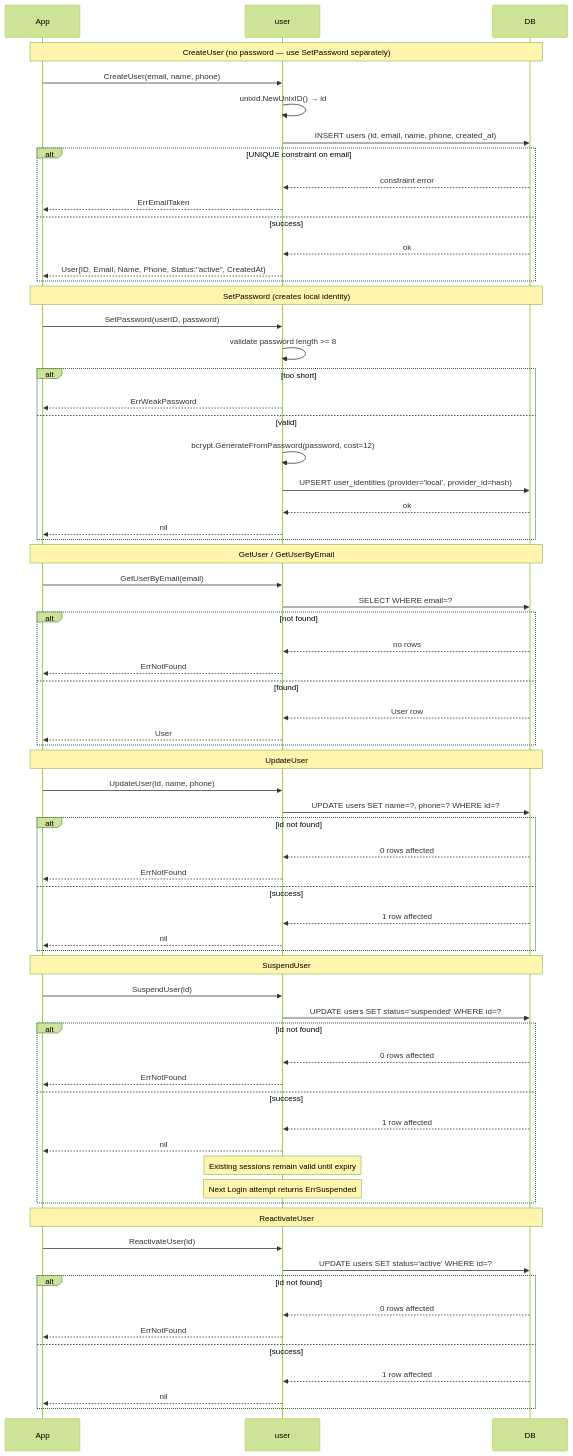
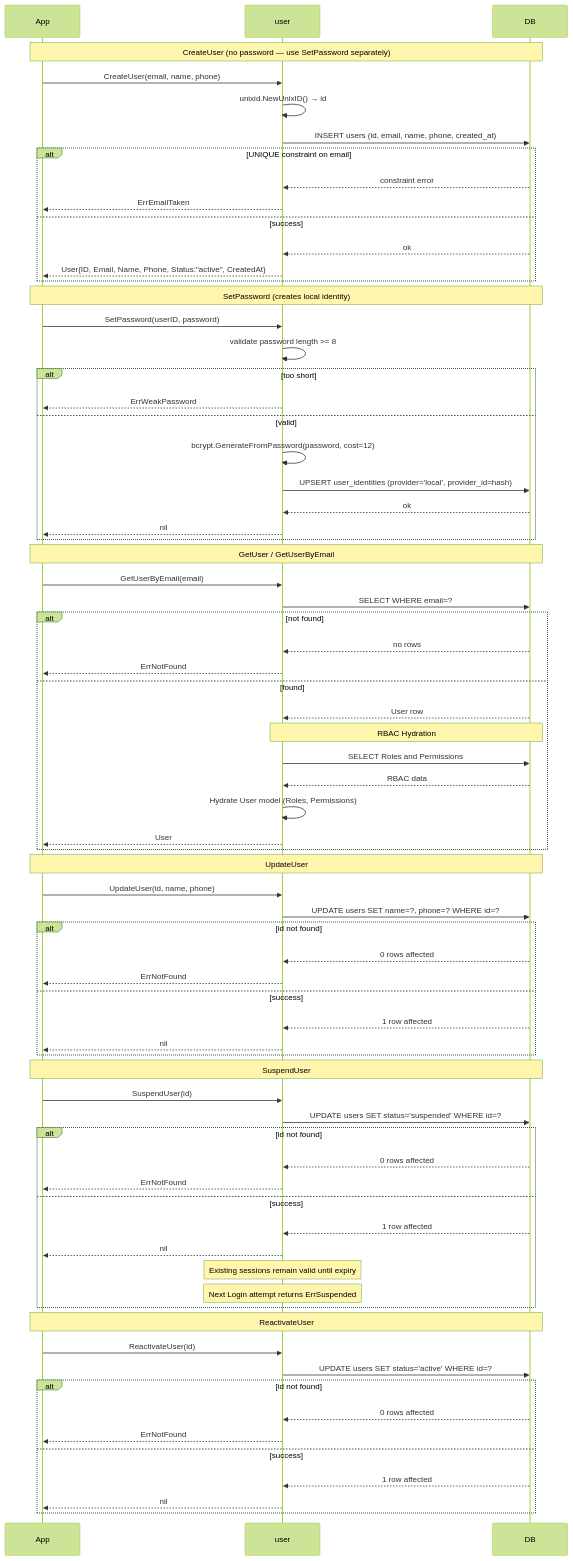
Before and after one commit to tinywasm/user: the diagram in docs/diagrams/USER_CRUD_FLOW.md, drawn with Mermaid (forest theme). The commit also changed 2 other files, not shown here.

Commit message:
fix: resolve RBAC integration tests and diagrams

````diff
--- a/docs/diagrams/USER_CRUD_FLOW.md
+++ b/docs/diagrams/USER_CRUD_FLOW.md
@@ -8,77 +8,81 @@
 ```mermaid
 sequenceDiagram
     participant App
     participant user
     participant DB
 
     Note over App,DB: CreateUser (no password — use SetPassword separately)
     App->>user: CreateUser(email, name, phone)
     user->>user: unixid.NewUnixID() → id
     user->>DB: INSERT users (id, email, name, phone, created_at)
 
     alt UNIQUE constraint on email
         DB-->>user: constraint error
         user-->>App: ErrEmailTaken
     else success
         DB-->>user: ok
         user-->>App: User{ID, Email, Name, Phone, Status:"active", CreatedAt}
     end
 
     Note over App,DB: SetPassword (creates local identity)
     App->>user: SetPassword(userID, password)
     user->>user: validate password length >= 8
     alt too short
         user-->>App: ErrWeakPassword
     else valid
         user->>user: bcrypt.GenerateFromPassword(password, cost=12)
         user->>DB: UPSERT user_identities (provider='local', provider_id=hash)
         DB-->>user: ok
         user-->>App: nil
     end
 
     Note over App,DB: GetUser / GetUserByEmail
     App->>user: GetUserByEmail(email)
     user->>DB: SELECT WHERE email=?
     alt not found
         DB-->>user: no rows
         user-->>App: ErrNotFound
     else found
         DB-->>user: User row
+        Note over user,DB: RBAC Hydration
+        user->>DB: SELECT Roles and Permissions
+        DB-->>user: RBAC data
+        user->>user: Hydrate User model (Roles, Permissions)
         user-->>App: User
     end
 
     Note over App,DB: UpdateUser
     App->>user: UpdateUser(id, name, phone)
     user->>DB: UPDATE users SET name=?, phone=? WHERE id=?
     alt id not found
         DB-->>user: 0 rows affected
         user-->>App: ErrNotFound
     else success
         DB-->>user: 1 row affected
         user-->>App: nil
     end
 
     Note over App,DB: SuspendUser
     App->>user: SuspendUser(id)
     user->>DB: UPDATE users SET status='suspended' WHERE id=?
     alt id not found
         DB-->>user: 0 rows affected
         user-->>App: ErrNotFound
     else success
         DB-->>user: 1 row affected
         user-->>App: nil
         Note over user: Existing sessions remain valid until expiry
         Note over user: Next Login attempt returns ErrSuspended
     end
 
     Note over App,DB: ReactivateUser
     App->>user: ReactivateUser(id)
     user->>DB: UPDATE users SET status='active' WHERE id=?
     alt id not found
         DB-->>user: 0 rows affected
         user-->>App: ErrNotFound
     else success
         DB-->>user: 1 row affected
         user-->>App: nil
     end
 ```
````
